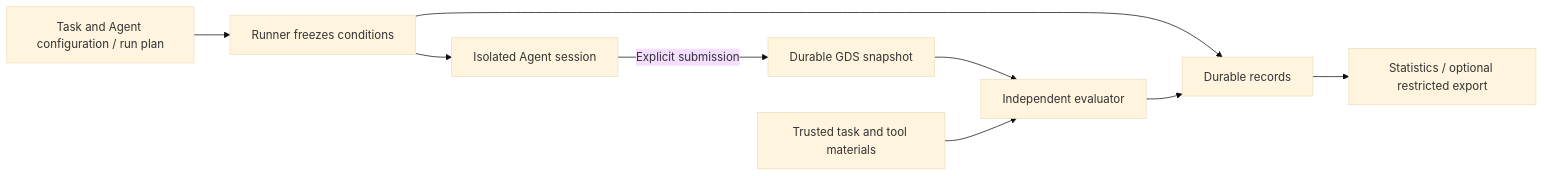
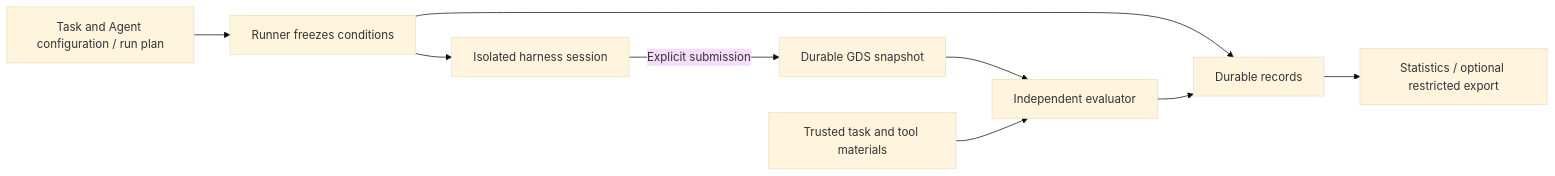
One commit to lizhangmai/Layout-Bench changed the diagram in docs/architecture.md. Above: the diagram before and after it, drawn with Mermaid (base theme). The commit also changed other lines of this file and 23 other files, not shown here.

````diff
--- a/docs/architecture.md
+++ b/docs/architecture.md
@@ -13,11 +13,11 @@
 ```mermaid
 flowchart LR
     P[Task and Agent configuration / run plan] --> R[Runner freezes conditions]
-    R --> A[Isolated Agent session]
+    R --> A[Isolated harness session]
     A -->|Explicit submission| C[Durable GDS snapshot]
     C --> E[Independent evaluator]
     T[Trusted task and tool materials] --> E
     R --> L[Durable records]
     E --> L
     L --> S[Statistics / optional restricted export]
 ```
````
